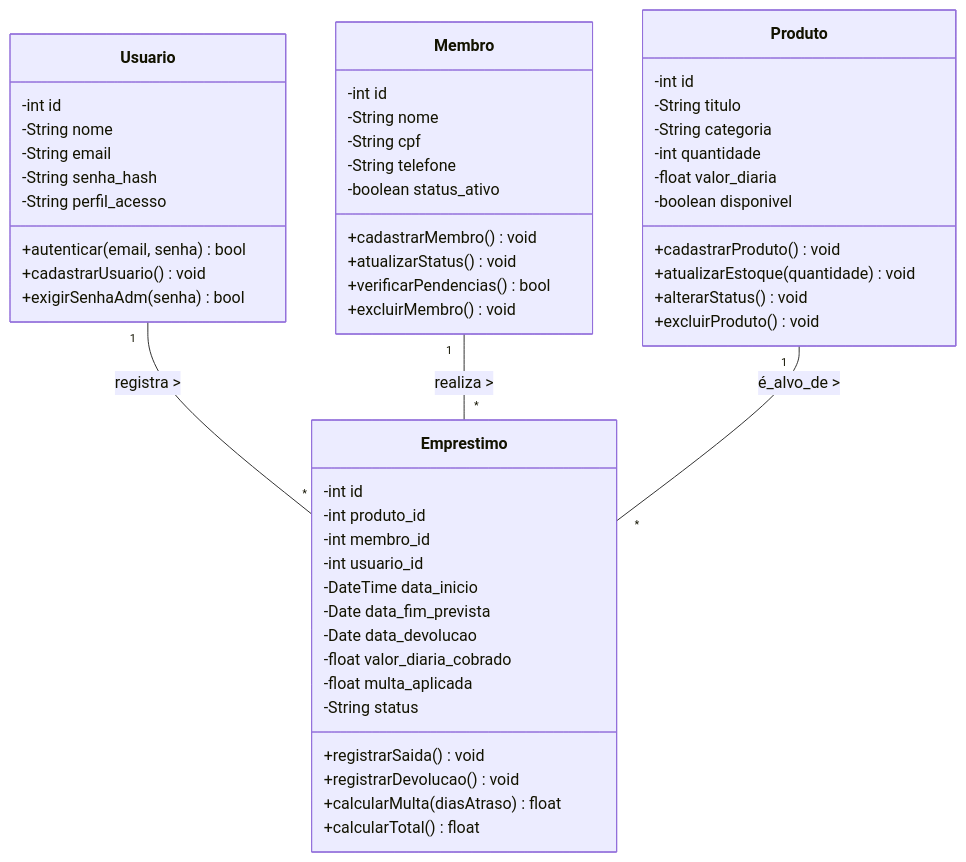
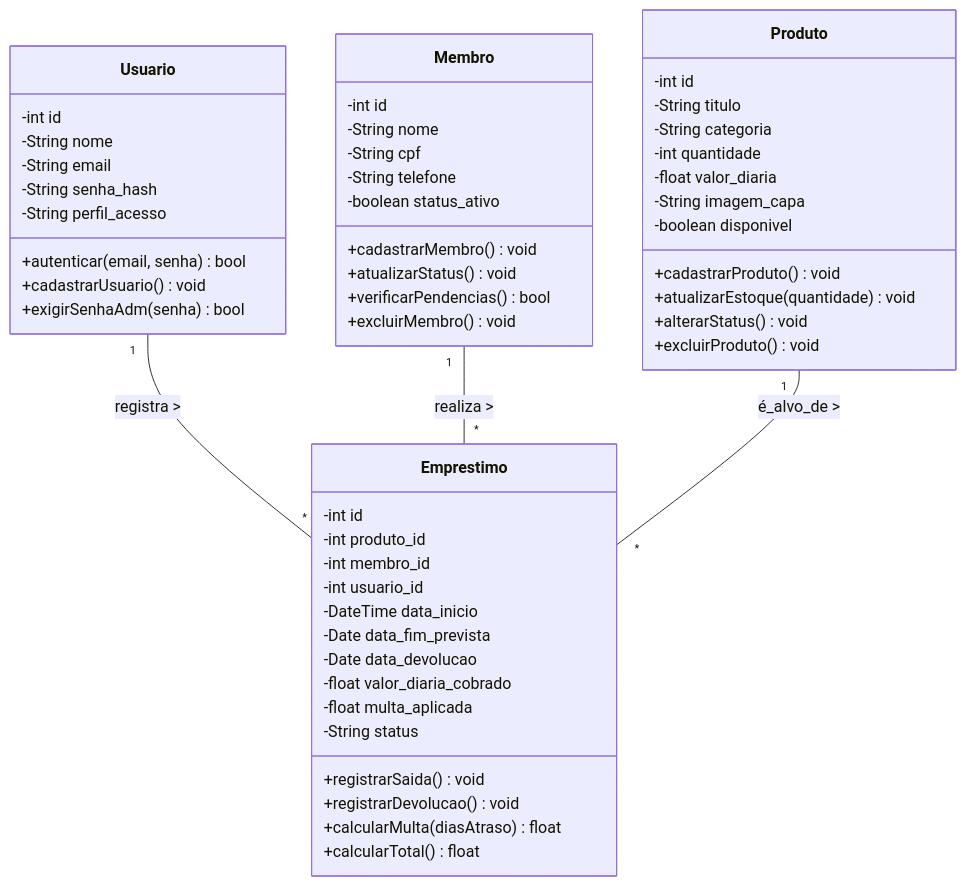
The third of 4 diagrams in README.md (inumaki-david/Geek-Hub), drawn with Mermaid before and after one commit. The commit also changed other lines of this file and 15 other files, not shown here.

````diff
--- a/README.md
+++ b/README.md
@@ -304,65 +307,66 @@
 ```mermaid
 classDiagram
     %% Relações entre as Classes (Multiplicidade)
     Usuario "1" -- "*" Emprestimo : registra >
     Membro "1" -- "*" Emprestimo : realiza >
     Produto "1" -- "*" Emprestimo : é_alvo_de >
 
     %% Classe Usuario
     class Usuario {
         -int id
         -String nome
         -String email
         -String senha_hash
         -String perfil_acesso
         +autenticar(email, senha) bool
         +cadastrarUsuario() void
         +exigirSenhaAdm(senha) bool
     }
 
     %% Classe Membro
     class Membro {
         -int id
         -String nome
         -String cpf
         -String telefone
         -boolean status_ativo
         +cadastrarMembro() void
         +atualizarStatus() void
         +verificarPendencias() bool
         +excluirMembro() void
     }
 
     %% Classe Produto
     class Produto {
         -int id
         -String titulo
         -String categoria
         -int quantidade
         -float valor_diaria
+        -String imagem_capa
         -boolean disponivel
         +cadastrarProduto() void
         +atualizarEstoque(quantidade) void
         +alterarStatus() void
         +excluirProduto() void
     }
 
     %% Classe Emprestimo (Classe Associativa/Transacional)
     class Emprestimo {
         -int id
         -int produto_id
         -int membro_id
         -int usuario_id
         -DateTime data_inicio
         -Date data_fim_prevista
         -Date data_devolucao
         -float valor_diaria_cobrado
         -float multa_aplicada
         -String status
         +registrarSaida() void
         +registrarDevolucao() void
         +calcularMulta(diasAtraso) float
         +calcularTotal() float
     }
 
 ```
````
